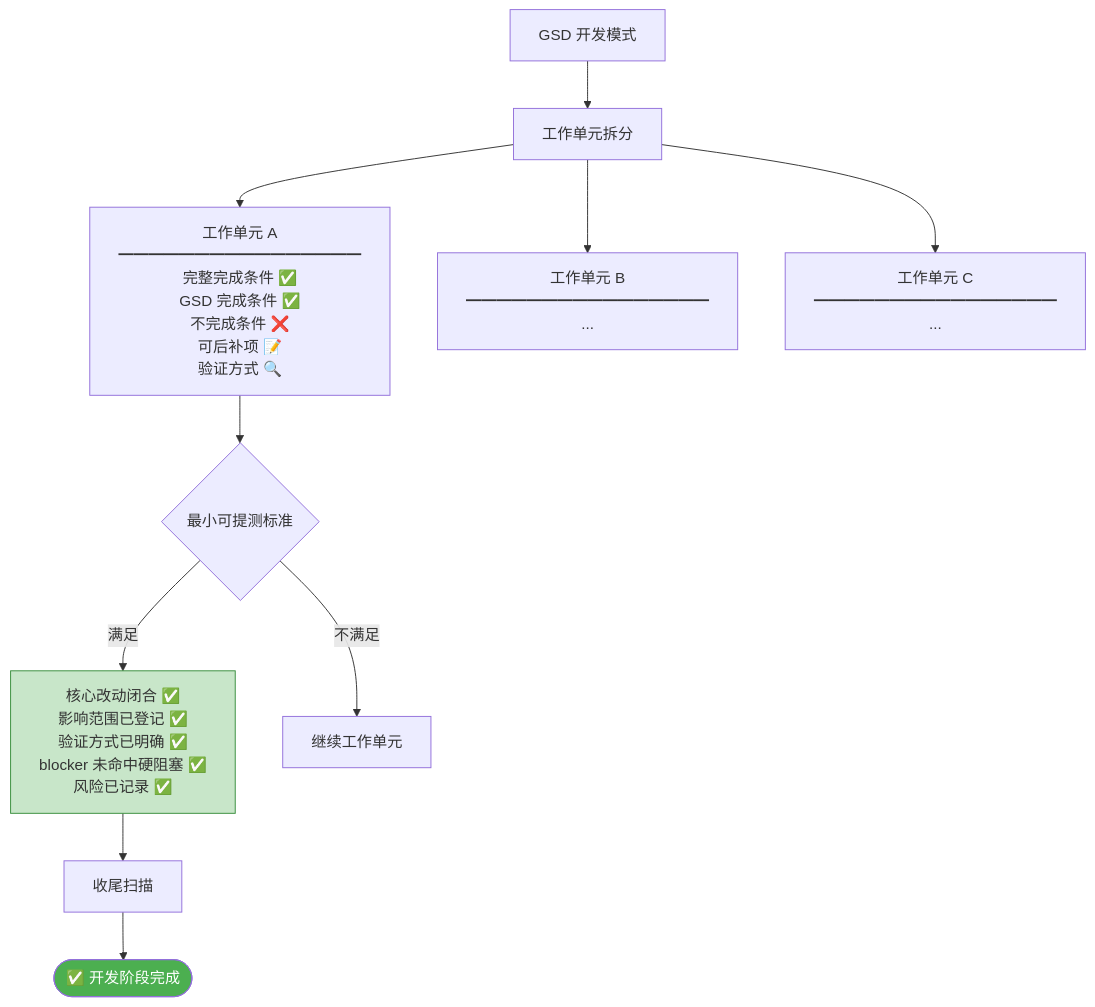
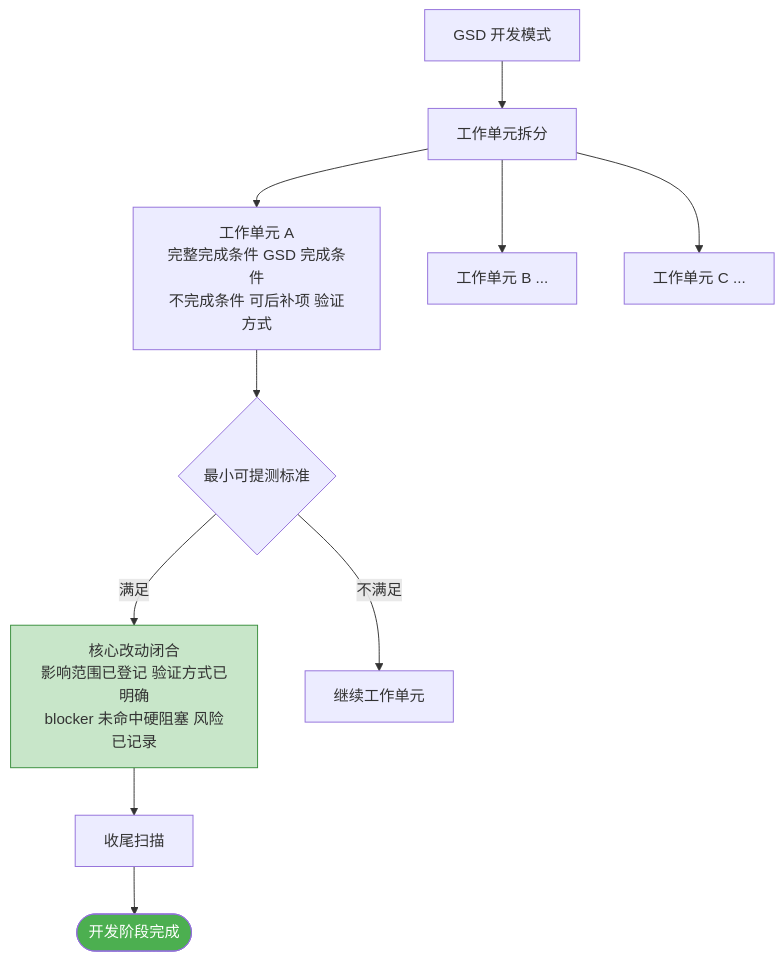
Before and after one commit to mes-openai/mes-ai-dev: the fifth of 5 diagrams in mes-ai-dev/workspace/training/04-phase-develop-flowchart.md, drawn with Mermaid. The commit also changed other lines of this file and 12 other files, not shown here.

Commit message:
重新生成阶段流程图

````diff
--- a/mes-ai-dev/workspace/training/04-phase-develop-flowchart.md
+++ b/mes-ai-dev/workspace/training/04-phase-develop-flowchart.md
@@ -301,18 +289,18 @@
 ```mermaid
 flowchart TB
-    GSD_DEV[GSD 开发模式] --> WU[工作单元拆分]
+    GSD_DEV["GSD 开发模式"] --> WU["工作单元拆分"]
 
-    WU --> WU1[工作单元 A<br/>━━━━━━━━━━━━━━━━<br/>完整完成条件 ✅<br/>GSD 完成条件 ✅<br/>不完成条件 ❌<br/>可后补项 📝<br/>验证方式 🔍]
-    WU --> WU2[工作单元 B<br/>━━━━━━━━━━━━━━━━<br/>...]
-    WU --> WU3[工作单元 C<br/>━━━━━━━━━━━━━━━━<br/>...]
+    WU --> WU1["工作单元 A<br>完整完成条件 GSD 完成条件<br>不完成条件 可后补项 验证方式"]
+    WU --> WU2["工作单元 B ..."]
+    WU --> WU3["工作单元 C ..."]
 
-    WU1 --> MIN_TEST{最小可提测标准}
-    MIN_TEST -->|满足| PASS_TEST[核心改动闭合 ✅<br/>影响范围已登记 ✅<br/>验证方式已明确 ✅<br/>blocker 未命中硬阻塞 ✅<br/>风险已记录 ✅]
-    MIN_TEST -->|不满足| CONTINUE_WU[继续工作单元]
+    WU1 --> MIN_TEST{"最小可提测标准"}
+    MIN_TEST -->|"满足"| PASS_TEST["核心改动闭合<br>影响范围已登记 验证方式已明确<br>blocker 未命中硬阻塞 风险已记录"]
+    MIN_TEST -->|"不满足"| CONTINUE_WU["继续工作单元"]
 
-    PASS_TEST --> SWEEP[收尾扫描]
-    SWEEP --> DEV_DONE([✅ 开发阶段完成])
+    PASS_TEST --> SWEEP["收尾扫描"]
+    SWEEP --> DEV_DONE(["开发阶段完成"])
 
     style PASS_TEST fill:#C8E6C9,stroke:#388E3C
     style DEV_DONE fill:#4CAF50,color:white
 ```
````
